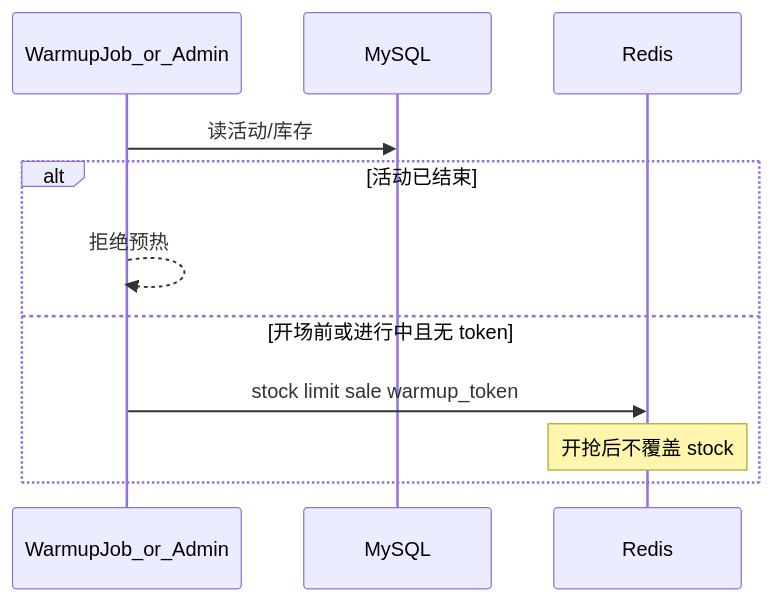
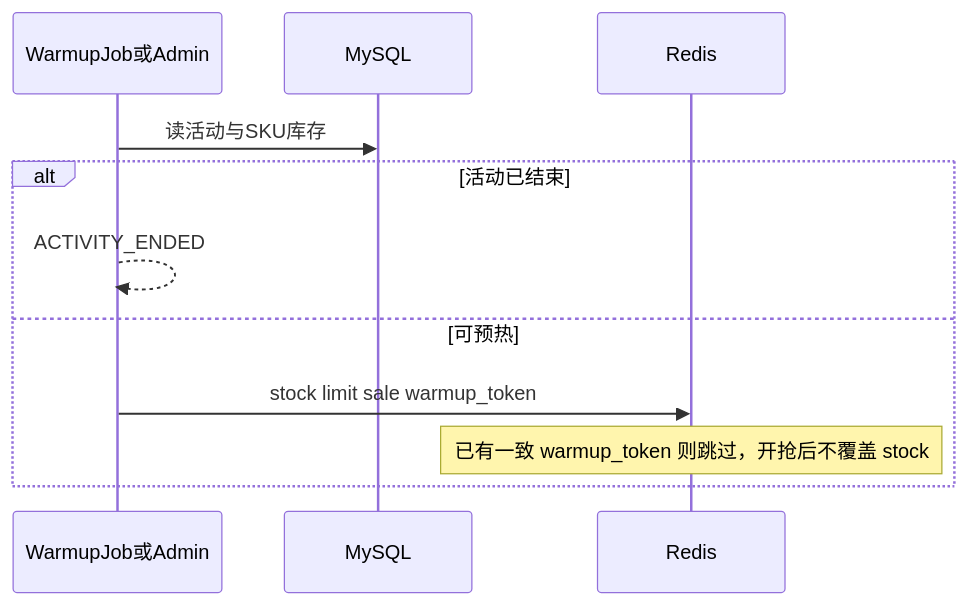
One commit to wegod/presence changed the fifth of 8 diagrams in README.md. Above: the diagram before and after it, drawn with Mermaid. The commit also changed other lines of this file, not shown here.

First line of the commit message:
Fix README architecture diagrams to match the implemented flow.

````diff
--- a/README.md
+++ b/README.md
@@ -142,14 +155,14 @@
 ```mermaid
 sequenceDiagram
-  participant Job as WarmupJob_or_Admin
+  participant Job as WarmupJob或Admin
   participant DB as MySQL
   participant R as Redis
 
-  Job->>DB: 读活动/库存
+  Job->>DB: 读活动与SKU库存
   alt 活动已结束
-    Job-->>Job: 拒绝预热
-  else 开场前或进行中且无 token
+    Job-->>Job: ACTIVITY_ENDED
+  else 可预热
     Job->>R: stock limit sale warmup_token
-    Note over R: 开抢后不覆盖 stock
+    Note over R: 已有一致 warmup_token 则跳过，开抢后不覆盖 stock
   end
 ```
````
